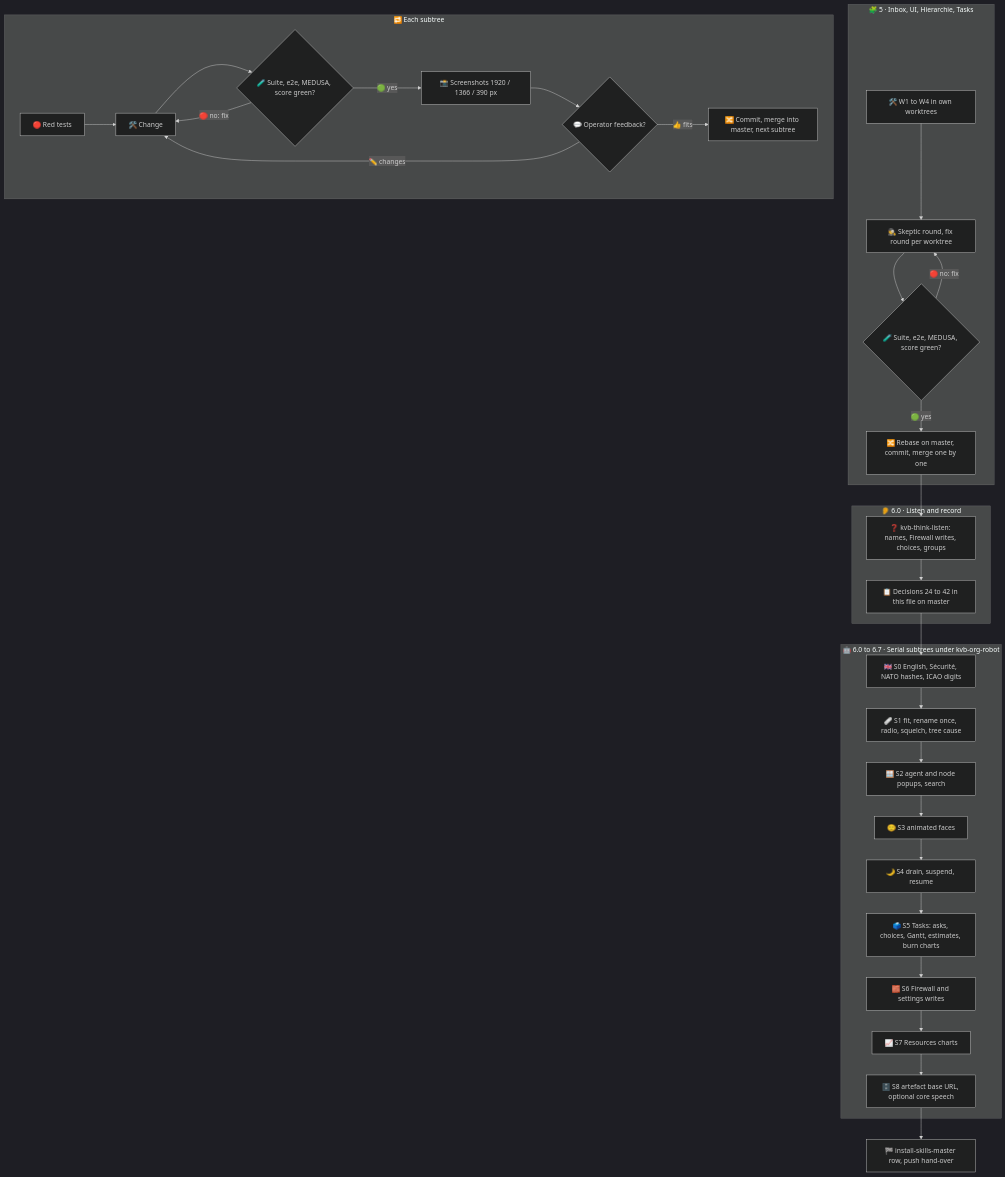
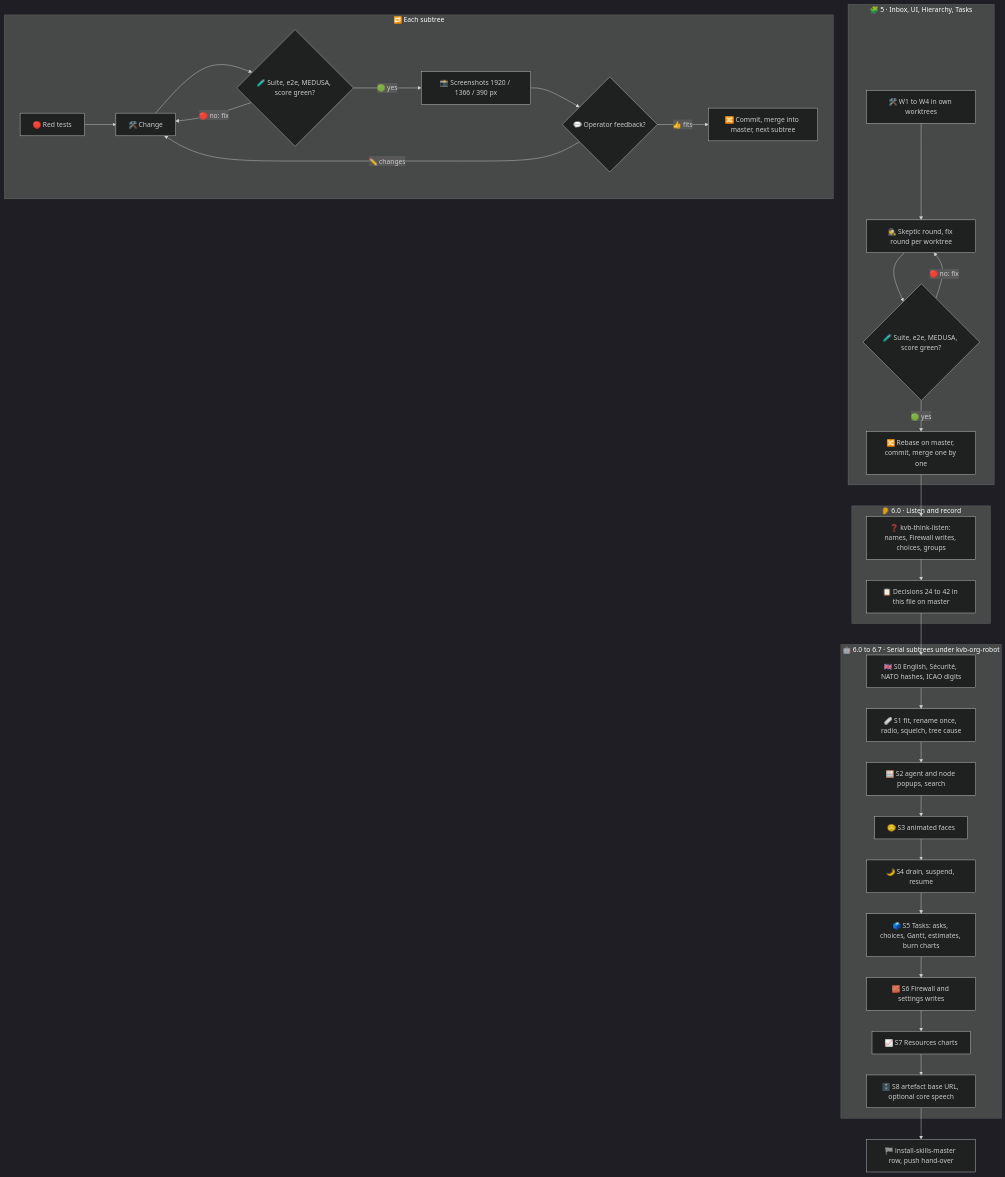
Before and after one commit to kevinveenbirkenbach/skills: the second of 2 diagrams in docs/requirements/001-agent-orchestrator.md, drawn with Mermaid (dark theme). The commit also changed other lines of this file and 85 other files, not shown here.

````diff
--- a/docs/requirements/001-agent-orchestrator.md
+++ b/docs/requirements/001-agent-orchestrator.md
@@ -325,34 +324,34 @@
 ```mermaid
 flowchart TD
-    subgraph W["🧩 5 · Inbox, UI, Hierarchie, Tasks"]
+    subgraph W["🧩 5 · Inbox, UI, Hierarchy, Tasks"]
         W1["🛠️ W1 to W4 in own worktrees"] --> W2["🕵️ Skeptic round, fix round per worktree"]
         W2 --> W3{"🧪 Suite, e2e, MEDUSA, score green?"}
         W3 -- "🔴 no: fix" --> W2
         W3 -- "🟢 yes" --> W4["🔀 Rebase on master, commit, merge one by one"]
     end
     W4 --> L1
     subgraph L["👂 6.0 · Listen and record"]
         L1["❓ kvb-think-listen: names, Firewall writes, choices, groups"] --> L2["📋 Decisions 24 to 42 in this file on master"]
     end
     L2 --> S0
     subgraph S["🤖 6.0 to 6.7 · Serial subtrees under kvb-org-robot"]
         S0["🇬🇧 S0 English, Sécurité, NATO hashes, ICAO digits"] --> S1["🩹 S1 fit, rename once, radio, squelch, tree cause"]
         S1 --> S2["🪟 S2 agent and node popups, search"]
         S2 --> S3["🙂 S3 animated faces"]
         S3 --> S4["🌙 S4 drain, suspend, resume"]
         S4 --> S5["🗳️ S5 Tasks: asks, choices, Gantt, estimates, burn charts"]
         S5 --> S6["🧱 S6 Firewall and settings writes"]
         S6 --> S7["📈 S7 Resources charts"]
         S7 --> S8["🗄️ S8 artefact base URL, optional core speech"]
     end
     subgraph G["🔁 Each subtree"]
         G1["🔴 Red tests"] --> G2["🛠️ Change"]
         G2 --> G3{"🧪 Suite, e2e, MEDUSA, score green?"}
         G3 -- "🔴 no: fix" --> G2
         G3 -- "🟢 yes" --> G4["📸 Screenshots 1920 / 1366 / 390 px"]
         G4 --> GF{"💬 Operator feedback?"}
         GF -- "✏️ changes" --> G2
         GF -- "👍 fits" --> G5["🔀 Commit, merge into master, next subtree"]
     end
     S8 --> D2["🏁 install-skills-master row, push hand-over"]
 ```
````
